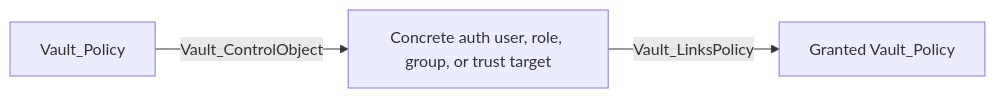
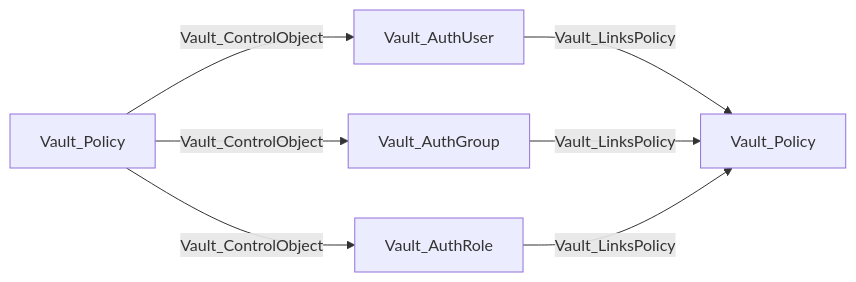
The fourth of 39 diagrams in Documentation/stores/AUTH.md (bytewreck/opengraph-vault), drawn with Mermaid before and after one commit.

````diff
--- a/Documentation/stores/AUTH.md
+++ b/Documentation/stores/AUTH.md
@@ -112,5 +112,9 @@
 ```mermaid
 flowchart LR
-    authority[Vault_Policy] -->|Vault_ControlObject| target["Concrete auth user, role, group, or trust target"]
-    target -->|Vault_LinksPolicy| granted["Granted Vault_Policy"]
+    authority[Vault_Policy] -->|Vault_ControlObject| AU[Vault_AuthUser]
+    authority -->|Vault_ControlObject| AG[Vault_AuthGroup]
+    authority -->|Vault_ControlObject| AR[Vault_AuthRole]
+    AU -->|Vault_LinksPolicy| granted[Vault_Policy]
+    AG -->|Vault_LinksPolicy| granted
+    AR -->|Vault_LinksPolicy| granted
 ```
````
